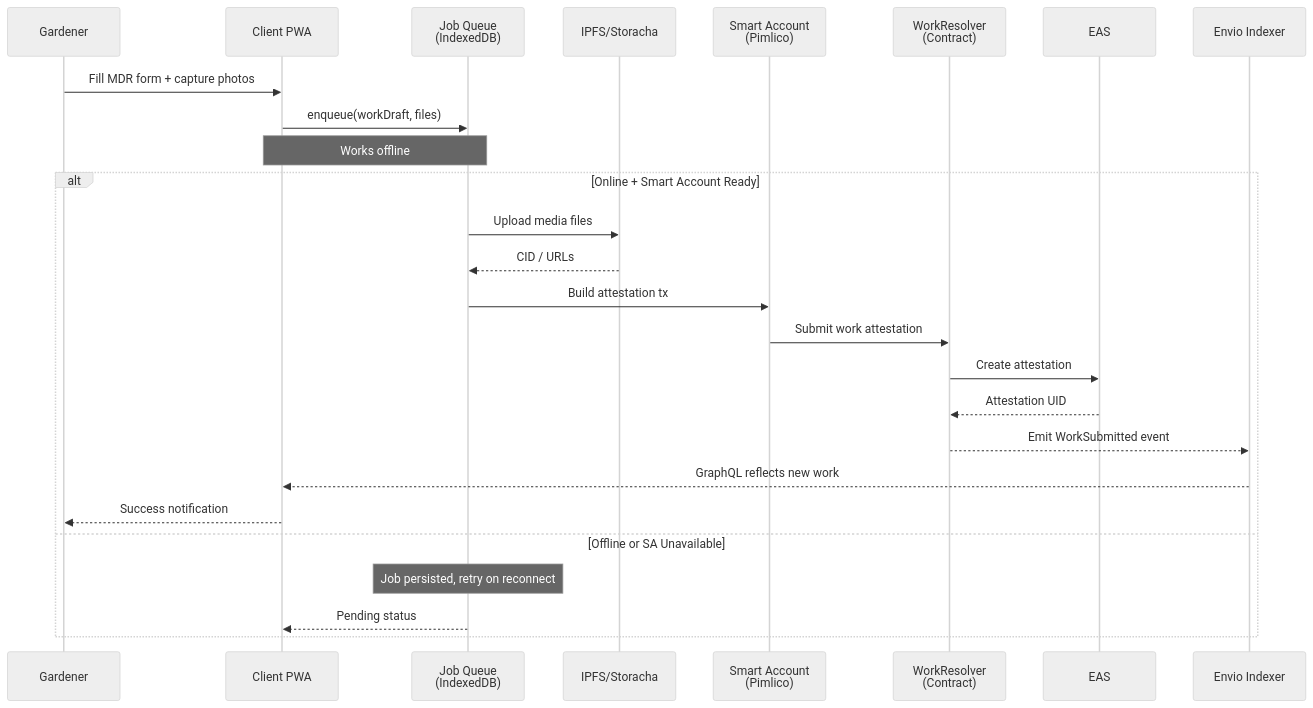
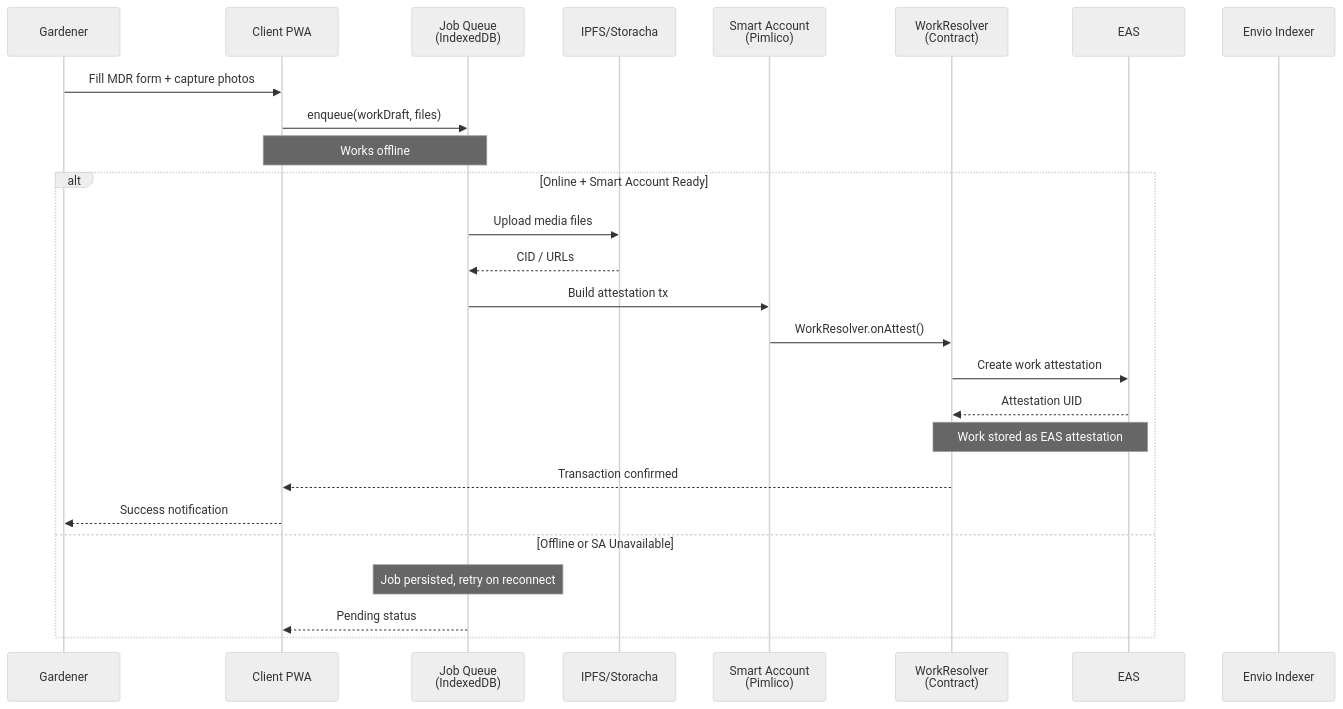
One commit to greenpill-dev-guild/green-goods changed the second of 10 diagrams in docs/docs/developer/architecture/diagrams.md. Above: the diagram before and after it, drawn with Mermaid (neutral theme). The commit also changed other lines of this file and 58 other files, not shown here.

````diff
--- a/docs/docs/developer/architecture/diagrams.md
+++ b/docs/docs/developer/architecture/diagrams.md
@@ -66,30 +66,30 @@
 ```mermaid
 sequenceDiagram
   participant G as Gardener
   participant UI as Client PWA
   participant Q as Job Queue<br/>(IndexedDB)
   participant IPFS as IPFS/Storacha
   participant SA as Smart Account<br/>(Pimlico)
   participant SC as WorkResolver<br/>(Contract)
   participant EAS as EAS
   participant IDX as Envio Indexer
 
   G->>UI: Fill MDR form + capture photos
   UI->>Q: enqueue(workDraft, files)
   Note over UI,Q: Works offline
 
   alt Online + Smart Account Ready
     Q->>IPFS: Upload media files
     IPFS-->>Q: CID / URLs
     Q->>SA: Build attestation tx
-    SA->>SC: Submit work attestation
-    SC->>EAS: Create attestation
+    SA->>SC: WorkResolver.onAttest()
+    SC->>EAS: Create work attestation
     EAS-->>SC: Attestation UID
-    SC-->>IDX: Emit WorkSubmitted event
-    IDX-->>UI: GraphQL reflects new work
+    Note over SC,EAS: Work stored as EAS attestation
+    SC-->>UI: Transaction confirmed
     UI-->>G: Success notification
   else Offline or SA Unavailable
     Note over Q: Job persisted, retry on reconnect
     Q-->>UI: Pending status
   end
 ```
````
